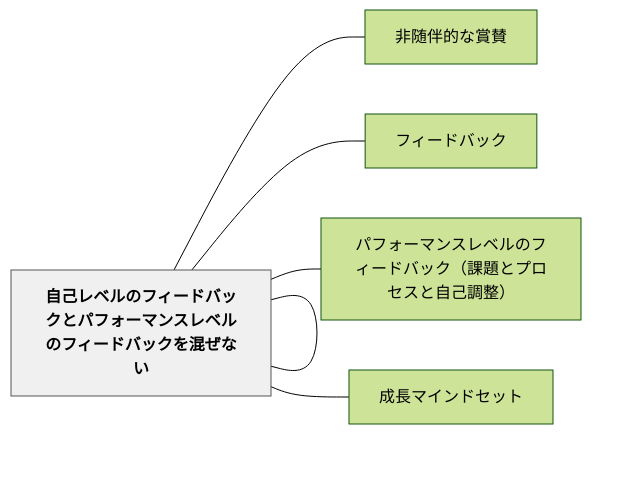
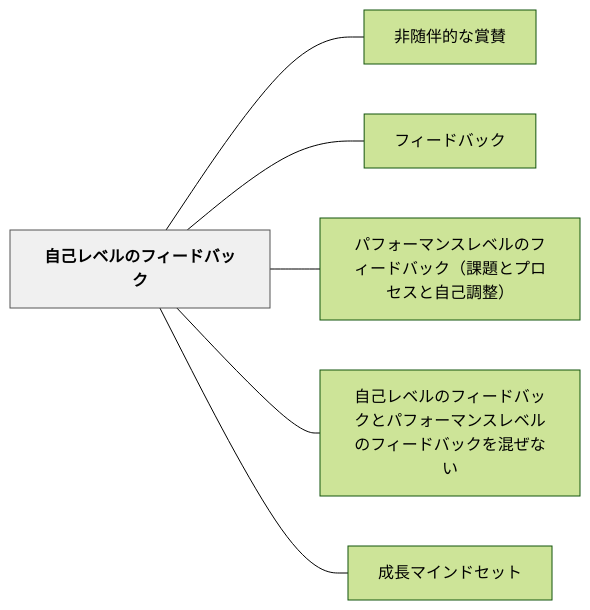
One commit to unknownthings-ed-patterns/unknownthings-ed-patterns changed the diagram in content/パタン/自己レベルのフィードバック.md. Above: the diagram before and after it, drawn with Mermaid (forest theme). The commit also changed 527 other files, not shown here.

````diff
--- a/content/パタン/自己レベルのフィードバック.md
+++ b/content/パタン/自己レベルのフィードバック.md
@@ -51,18 +51,18 @@
 ```mermaid
 flowchart LR
-    ne887aae5b7b1["自己レベルのフィードバック"]
-    ne99d9ee99a8f["非随伴的な賞賛"]
-    ne38395e382a3["フィードバック"]
-    ne38391e38395["パフォーマンスレベルのフィードバック（課題とプロセスと自己調整）"]
-    ne887aae5b7b1["自己レベルのフィードバックとパフォーマンスレベルのフィードバックを混ぜない"]
-    ne68890e995b7["成長マインドセット"]
+    ne887aae5b7b1e383ace38399e383abe381aee38395e382a3e383bce38389e38390e38383e382af["自己レベルのフィードバック"]
+    ne99d9ee99a8fe4bcb4e79a84e381aae8b39ee8b39b["非随伴的な賞賛"]
+    ne38395e382a3e383bce38389e38390e38383e382af["フィードバック"]
+    ne38391e38395e382a9e383bce3839ee383b3e382b9e383ace38399e383abe381aee38395e382a3e383bce38389e38390e38383e382afefbc88e8aab2e9a18ce381a8e38397e383ade382bbe382b9e381a8e887aae5b7b1e8aabfe695b4efbc89["パフォーマンスレベルのフィードバック（課題とプロセスと自己調整）"]
+    ne887aae5b7b1e383ace38399e383abe381aee38395e382a3e383bce38389e38390e38383e382afe381a8e38391e38395e382a9e383bce3839ee383b3e382b9e383ace38399e383abe381aee38395e382a3e383bce38389e38390e38383e382afe38292e6b7b7e3819ce381aae38184["自己レベルのフィードバックとパフォーマンスレベルのフィードバックを混ぜない"]
+    ne68890e995b7e3839ee382a4e383b3e38389e382bbe38383e38388["成長マインドセット"]
 
-    ne887aae5b7b1 --- ne99d9ee99a8f
-    ne887aae5b7b1 --- ne38395e382a3
-    ne887aae5b7b1 --- ne38391e38395
-    ne887aae5b7b1 --- ne887aae5b7b1
-    ne887aae5b7b1 --- ne68890e995b7
+    ne887aae5b7b1e383ace38399e383abe381aee38395e382a3e383bce38389e38390e38383e382af --- ne99d9ee99a8fe4bcb4e79a84e381aae8b39ee8b39b
+    ne887aae5b7b1e383ace38399e383abe381aee38395e382a3e383bce38389e38390e38383e382af --- ne38395e382a3e383bce38389e38390e38383e382af
+    ne887aae5b7b1e383ace38399e383abe381aee38395e382a3e383bce38389e38390e38383e382af --- ne38391e38395e382a9e383bce3839ee383b3e382b9e383ace38399e383abe381aee38395e382a3e383bce38389e38390e38383e382afefbc88e8aab2e9a18ce381a8e38397e383ade382bbe382b9e381a8e887aae5b7b1e8aabfe695b4efbc89
+    ne887aae5b7b1e383ace38399e383abe381aee38395e382a3e383bce38389e38390e38383e382af --- ne887aae5b7b1e383ace38399e383abe381aee38395e382a3e383bce38389e38390e38383e382afe381a8e38391e38395e382a9e383bce3839ee383b3e382b9e383ace38399e383abe381aee38395e382a3e383bce38389e38390e38383e382afe38292e6b7b7e3819ce381aae38184
+    ne887aae5b7b1e383ace38399e383abe381aee38395e382a3e383bce38389e38390e38383e382af --- ne68890e995b7e3839ee382a4e383b3e38389e382bbe38383e38388
 
     classDef hub fill:#f0f0f0,stroke:#555,color:#000,font-weight:bold
-    class ne887aae5b7b1 hub
+    class ne887aae5b7b1e383ace38399e383abe381aee38395e382a3e383bce38389e38390e38383e382af hub
 ```
````
